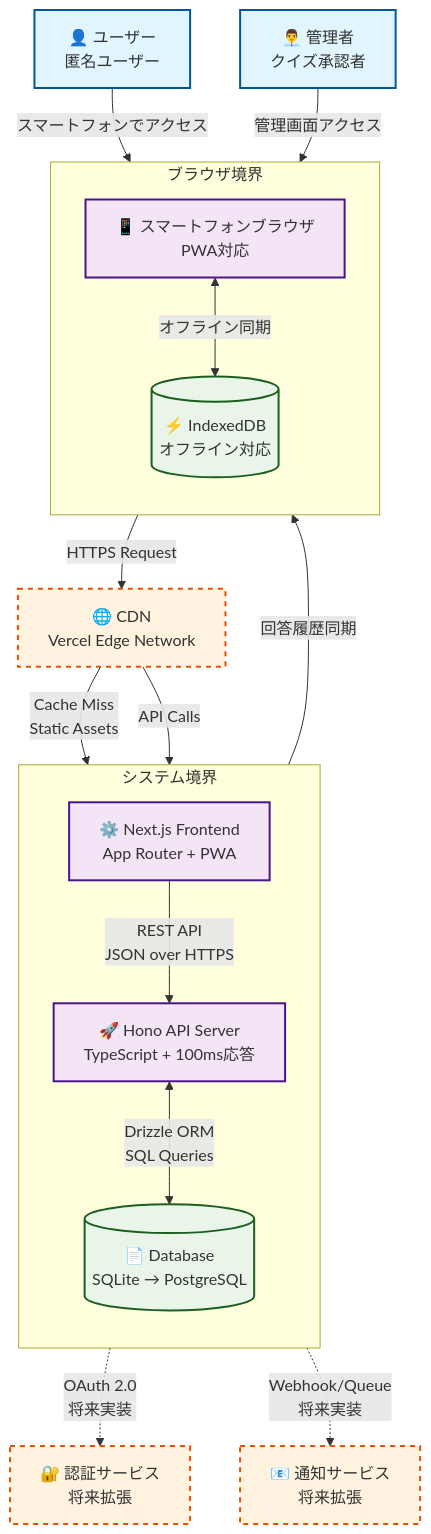
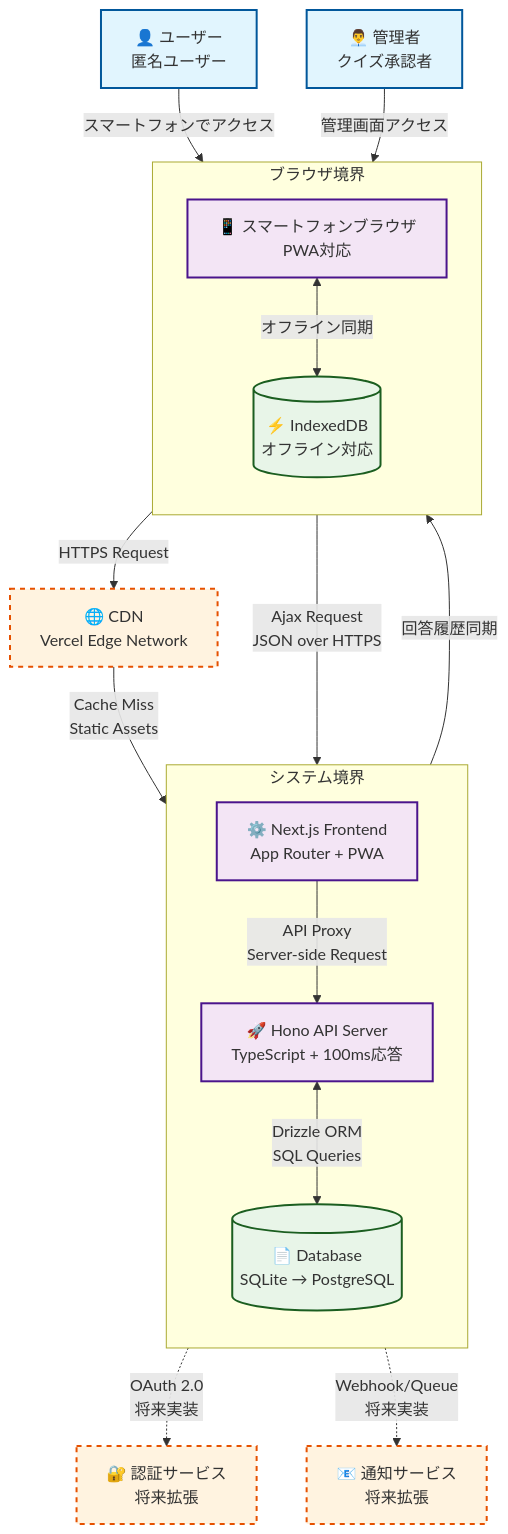
Before and after one commit to tanacchi/your-quiz: the diagram in docs/project/architecture/diagrams/system-context.md, drawn with Mermaid.

Commit message:
システムコンテキスト図の最新化
ADR作成に伴い、system-context.mdのMermaid図・外部連携表現を最新構成に更新。
- 外部サービス連携（認証・通知）の将来拡張を明示
- クライアント・API・DB・キャッシュの境界を明確化
ユーザーから『設計資料の一貫性・拡張性を高めてほしい』要望に対応。

````diff
--- a/docs/project/architecture/diagrams/system-context.md
+++ b/docs/project/architecture/diagrams/system-context.md
@@ -9,72 +9,74 @@
 ```mermaid
 graph TB
     %% External Actors
     User[👤 ユーザー<br/>匿名ユーザー]
     Admin[👨‍💼 管理者<br/>クイズ承認者]
 
     %% Client Layer
     Browser[📱 スマートフォンブラウザ<br/>PWA対応]
 
     %% CDN Layer
     CDN[🌐 CDN<br/>Vercel Edge Network]
 
     %% Application Layer
     Frontend[⚙️ Next.js Frontend<br/>App Router + PWA]
     API[🚀 Hono API Server<br/>TypeScript + 100ms応答]
 
     %% Data Layer
     DB[(📄 Database<br/>SQLite → PostgreSQL)]
     Cache[(⚡ IndexedDB<br/>オフライン対応)]
 
     %% External Services (Future)
     AuthService[🔐 認証サービス<br/>将来拡張]
     NotificationService[📧 通知サービス<br/>将来拡張]
 
     %% User Interactions
     User -->|スマートフォンでアクセス| Browser
     Admin -->|管理画面アクセス| Browser
 
     %% Client to Services
     Browser -->|HTTPS Request| CDN
     Browser <-->|オフライン同期| Cache
 
     %% CDN to Application
     CDN -->|Cache Miss<br/>Static Assets| Frontend
-    CDN -->|API Calls| API
 
-    %% Frontend to API
-    Frontend -->|REST API<br/>JSON over HTTPS| API
+    %% Browser to Frontend (Ajax)
+    Browser -->|Ajax Request<br/>JSON over HTTPS| Frontend
+
+    %% Frontend to API (Proxy)
+    Frontend -->|API Proxy<br/>Server-side Request| API
 
     %% API to Data
     API <-->|Drizzle ORM<br/>SQL Queries| DB
     API -->|回答履歴同期| Cache
 
     %% Future Integrations (Dotted Lines)
     API -.->|OAuth 2.0<br/>将来実装| AuthService
     API -.->|Webhook/Queue<br/>将来実装| NotificationService
 
     %% System Boundary
     subgraph "システム境界"
         direction TB
         Frontend
         API
         DB
     end
 
     subgraph "ブラウザ境界"
         direction TB
         Browser
         Cache
     end
 
     %% Styling
     classDef userClass fill:#e1f5fe,stroke:#01579b,stroke-width:2px
     classDef appClass fill:#f3e5f5,stroke:#4a148c,stroke-width:2px
     classDef dataClass fill:#e8f5e8,stroke:#1b5e20,stroke-width:2px
     classDef externalClass fill:#fff3e0,stroke:#e65100,stroke-width:2px,stroke-dasharray: 5 5
 
     class User,Admin userClass
     class Browser,Frontend,API appClass
     class DB,Cache dataClass
     class CDN,AuthService,NotificationService externalClass
 ```
````
